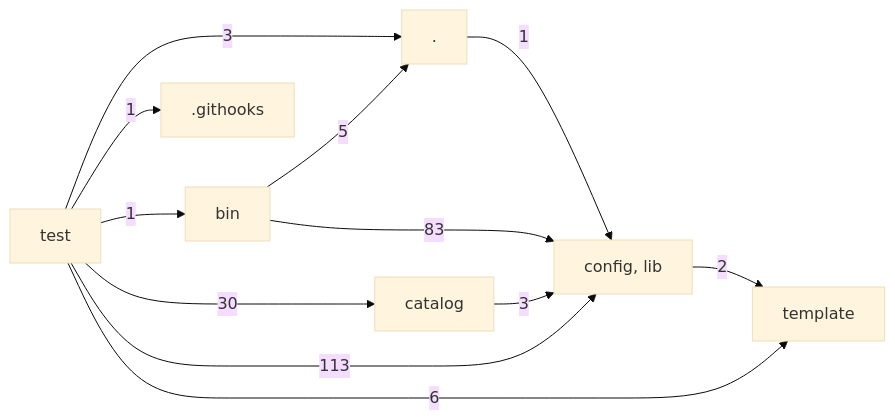
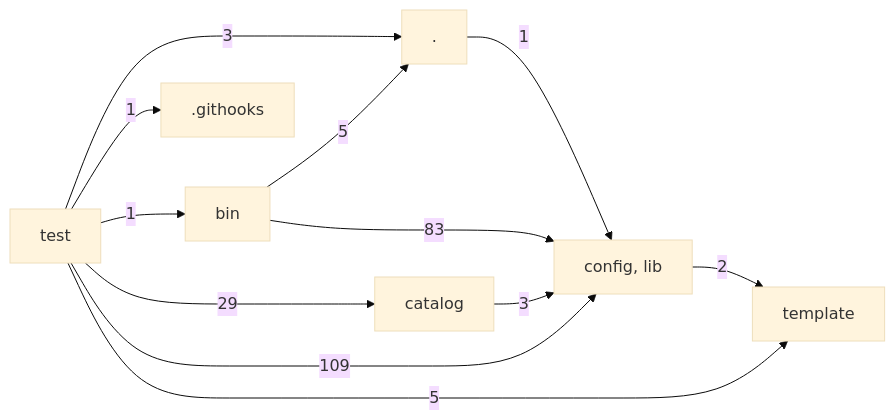
Before and after one commit to hackersandwizards/scaffolding: the diagram in docs/architecture/layers.md, drawn with Mermaid (base theme). The commit also changed 23 other files, not shown here.

````diff
--- a/docs/architecture/layers.md
+++ b/docs/architecture/layers.md
@@ -3,21 +3,21 @@
 ```mermaid
 graph LR
   L0["."]
   L1[".githooks"]
   L2["bin"]
   L3["catalog"]
   L4["config, lib"]
   L5["template"]
   L6["test"]
   L0 -->|1| L4
   L2 -->|5| L0
   L2 -->|83| L4
   L3 -->|3| L4
   L4 -->|2| L5
   L6 -->|3| L0
   L6 -->|1| L1
   L6 -->|1| L2
-  L6 -->|30| L3
-  L6 -->|113| L4
-  L6 -->|6| L5
+  L6 -->|29| L3
+  L6 -->|109| L4
+  L6 -->|5| L5
 ```
````
